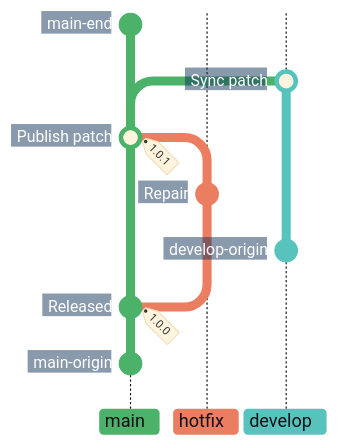
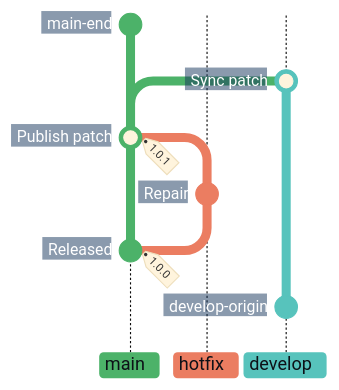
One commit to superhero/operations.superduper.solutions changed the third of 7 diagrams in docs/adr/cicd.md. Above: the diagram before and after it, drawn with Mermaid.

Commit message:
docs(cicd): tighten initial hotfix commit spacing

````diff
--- a/docs/adr/cicd.md
+++ b/docs/adr/cicd.md
@@ -122,28 +122,24 @@
 ```mermaid
-%%{init: {"theme": "base", "themeCSS": "line.branch { stroke: #8B949E; stroke-width: 1px; stroke-dasharray: 1 4; stroke-linecap: round; } .branchLabel, .tag-label { font-weight: 700; } .tag-label-bkg, .commit-label-bkg { opacity: 0.9; } .tag-label-bkg { fill: #B8E6C4; stroke: #8ED3A2; } .branchLabelBkg { opacity: 1; clip-path: inset(0 8px 0 0 round 4px) fill-box; } .commit-labels g:nth-last-of-type(-n+3), .commit.develop-origin, .commit.main-origin { visibility: hidden; } path.arrow2:not(.arrow2 ~ .arrow2) { filter: drop-shadow(0 100px 0 #57C3BC); } .commit-labels g:first-of-type, .commit.main-end { visibility: hidden; } .commit-arrows path.arrow2:nth-last-child(3) { filter: drop-shadow(0 100px 0 #57C3BC) drop-shadow(0 -50px 0 #57C3BC); } .commit-labels g { transform-box: fill-box; transform-origin: calc(100% + 17px) calc(50% + 2px); transform: rotate(-10deg); } .commit-label { font-weight: 700; transform: translateX(-8px); } .commit-label-bkg { stroke: #17365D; stroke-width: 20px; transform: translateX(-5px); clip-path: polygon(-4px -4px, calc(100% + 4px) -4px, calc(100% + 10px) 50%, calc(100% + 4px) calc(100% + 4px), -4px calc(100% + 4px)) fill-box; }", "gitGraph": {"showCommitLabel": true, "rotateCommitLabel": false}, "themeVariables": {
+%%{init: {"theme": "base", "themeCSS": "line.branch { stroke: #8B949E; stroke-width: 1px; stroke-dasharray: 1 4; stroke-linecap: round; } .branchLabel, .tag-label { font-weight: 700; } .tag-label-bkg, .commit-label-bkg { opacity: 0.9; } .tag-label-bkg { fill: #B8E6C4; stroke: #8ED3A2; } .branchLabelBkg { opacity: 1; clip-path: inset(0 8px 0 0 round 4px) fill-box; } .commit-labels g:nth-last-of-type(-n+2), .commit.develop-origin { visibility: hidden; } path.arrow0:not(.arrow0 ~ .arrow0) { filter: drop-shadow(0 50px 0 #4CB269); } .commit-labels g:first-of-type, .commit.main-end { visibility: hidden; } .commit-arrows path.arrow2:nth-last-child(3) { filter: drop-shadow(0 -50px 0 #57C3BC); } .commit-labels g { transform-box: fill-box; transform-origin: calc(100% + 17px) calc(50% + 2px); transform: rotate(-10deg); } .commit-label { font-weight: 700; transform: translateX(-8px); } .commit-label-bkg { stroke: #17365D; stroke-width: 20px; transform: translateX(-5px); clip-path: polygon(-4px -4px, calc(100% + 4px) -4px, calc(100% + 10px) 50%, calc(100% + 4px) calc(100% + 4px), -4px calc(100% + 4px)) fill-box; }", "gitGraph": {"showCommitLabel": true, "rotateCommitLabel": false}, "themeVariables": {
     "commitLabelFontSize": "14px", "commitLabelColor": "#FFFFFF", "commitLabelBackground": "#17365D",
     "git0": "#4CB269", "gitBranchLabel0": "#0D1117",
     "git1": "#EB7D61", "gitBranchLabel1": "#0D1117",
     "git2": "#57C3BC", "gitBranchLabel2": "#0D1117"
 }}}%%
 gitGraph BT:
     %% Show existing main and develop lanes with earlier ancestry and initial notes omitted.
     branch develop order: 2
-    checkout main
-    %% A hidden anchor continues main below the released version.
-    commit id: "main-origin"
-    commit id: "Released" tag: "1.0.0"
-    checkout develop
-    %% Hide the required develop anchor; extend its line by 100px to show prior history without a starting node.
+    %% Hide the develop anchor before visible history; extend main downward by 50px to align the starts.
     commit id: "develop-origin"
     checkout main
+    commit id: "Released" tag: "1.0.0"
     branch "hotfix" order: 1
     commit id: "Repair"
     checkout main
     merge "hotfix" id: "Publish patch" tag: "1.0.1"
     checkout develop
     merge main id: "Sync patch"
     %% A hidden main endpoint and a 50px develop extension align the continuing tips.
     checkout main
     commit id: "main-end"
 ```
````
